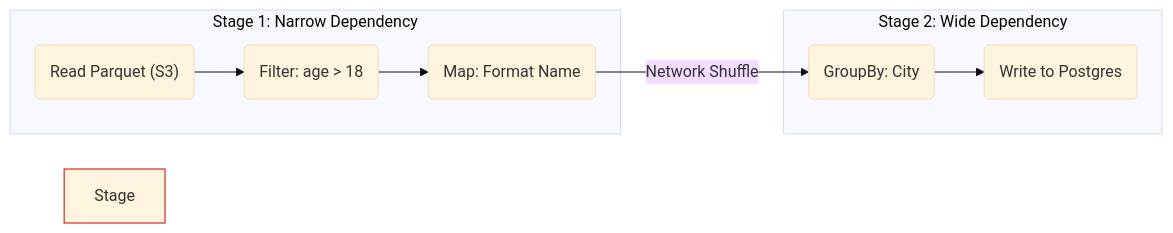
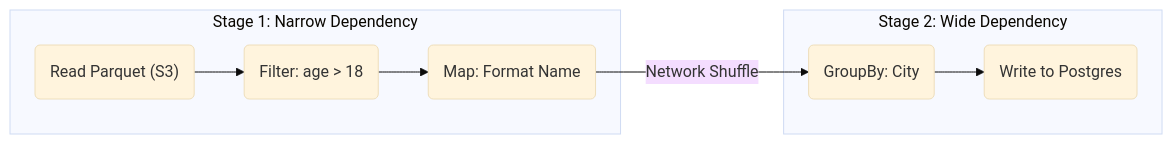
Before and after one commit to kythuatdulieu/kythuatdulieu.github.io: the second of 2 diagrams in src/content/docs/concepts/7-dataops-orchestration-quality/dag.md, drawn with Mermaid (base theme). The commit also changed other lines of this file and 686 other files, not shown here.

````diff
--- a/src/content/docs/concepts/7-dataops-orchestration-quality/dag.md
+++ b/src/content/docs/concepts/7-dataops-orchestration-quality/dag.md
@@ -106,14 +105,13 @@
 ```mermaid
 graph LR
     subgraph Stage 1: Narrow Dependency
     A("Read Parquet (S3)") --> B("Filter: age > 18")
     B --> C("Map: Format Name")
     end
     subgraph Stage 2: Wide Dependency
     C -->|Network Shuffle| D("GroupBy: City")
     D --> E("Write to Postgres")
     end
-    
-    style Stage 1 fill:#e6f3ff,stroke:#0066cc
-    style Stage 2 fill:#ffe6e6,stroke:#cc0000
+
+
 ```
````
